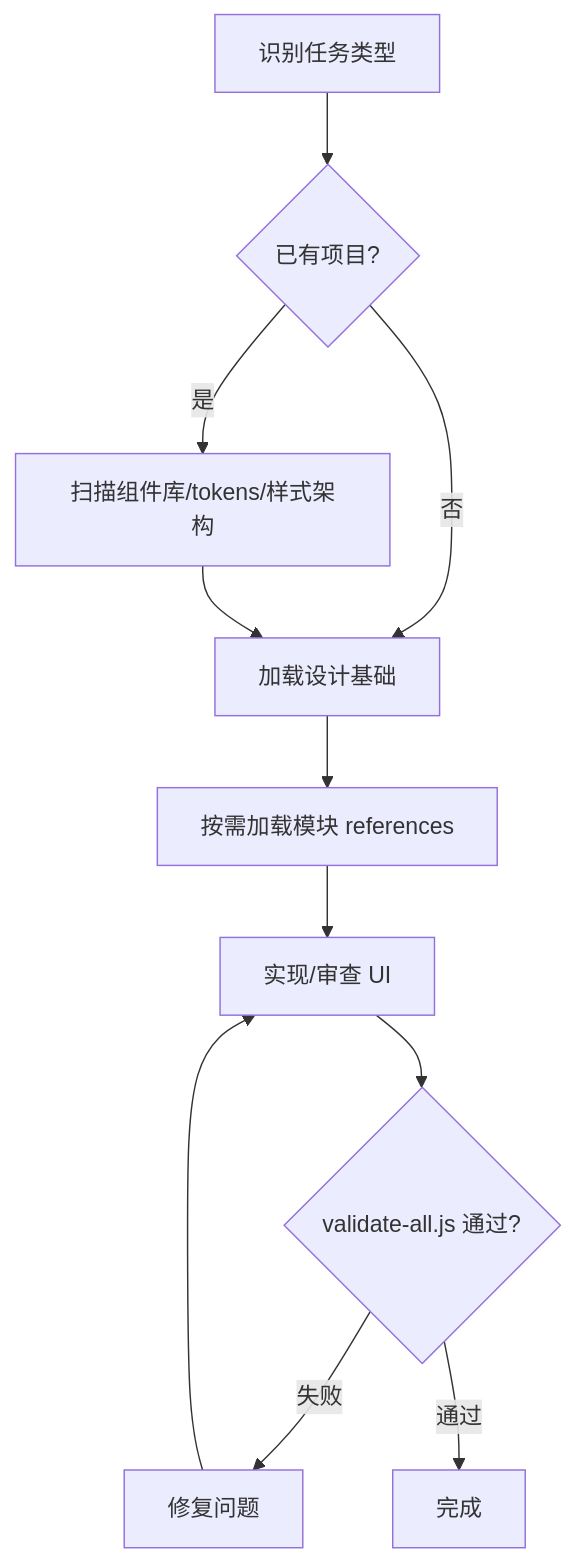
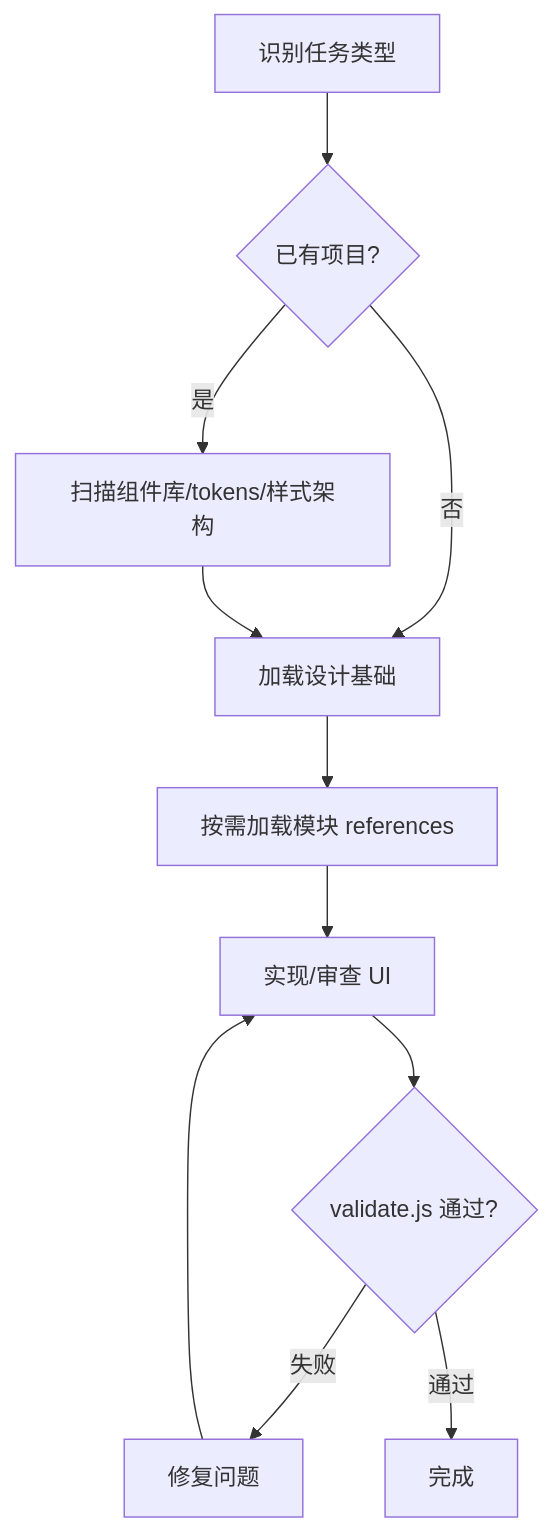
One commit to YuluoY/claude-uluo changed the diagram in skills/frontend-visual-qa/SKILL.md. Above: the diagram before and after it, drawn with Mermaid. The commit also changed other lines of this file and 179 other files, not shown here.

````diff
--- a/skills/frontend-visual-qa/SKILL.md
+++ b/skills/frontend-visual-qa/SKILL.md
@@ -21,13 +21,13 @@
 ```mermaid
 flowchart TD
     A[识别任务类型] --> B{已有项目?}
     B -->|是| C[扫描组件库/tokens/样式架构]
     B -->|否| D[加载设计基础]
     C --> D
     D --> E[按需加载模块 references]
     E --> F[实现/审查 UI]
-    F --> G{validate-all.js 通过?}
+    F --> G{validate.js 通过?}
     G -->|失败| H[修复问题]
     H --> F
     G -->|通过| I[完成]
 ```
````
